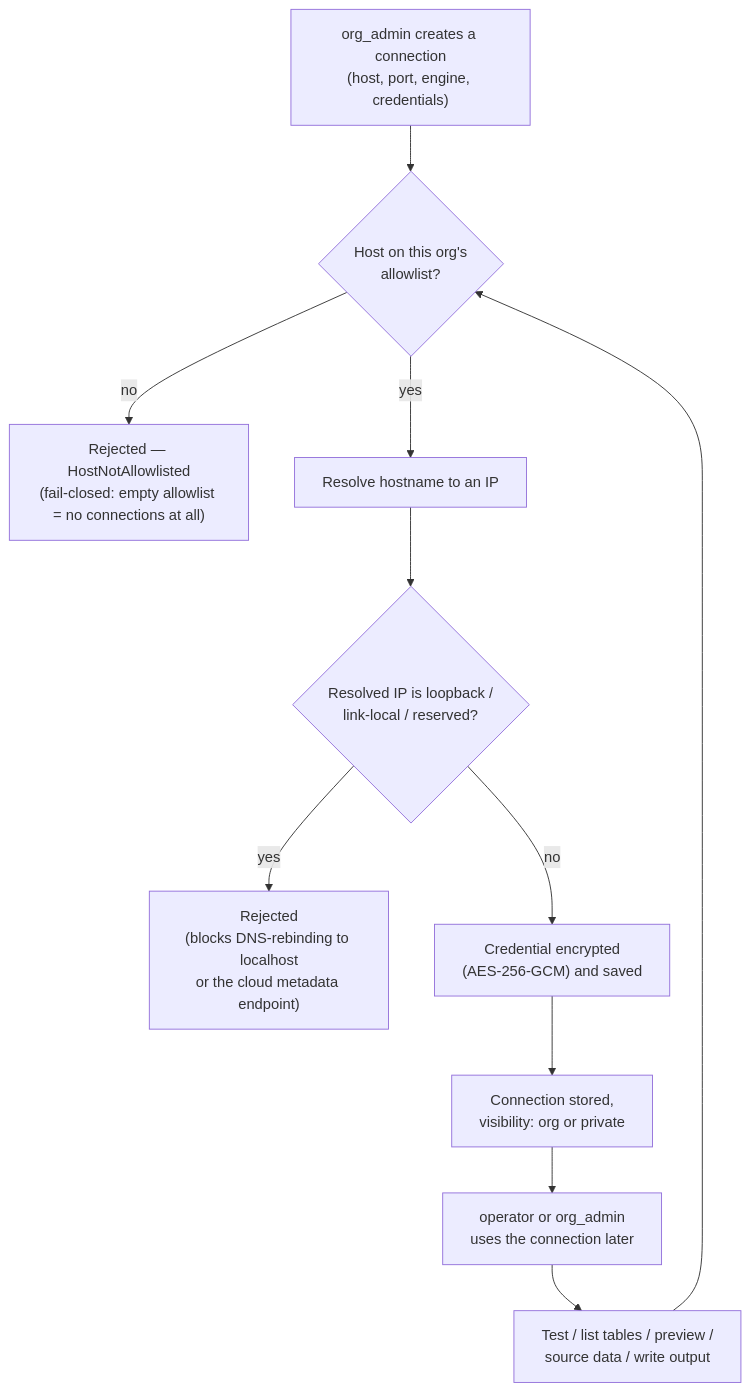
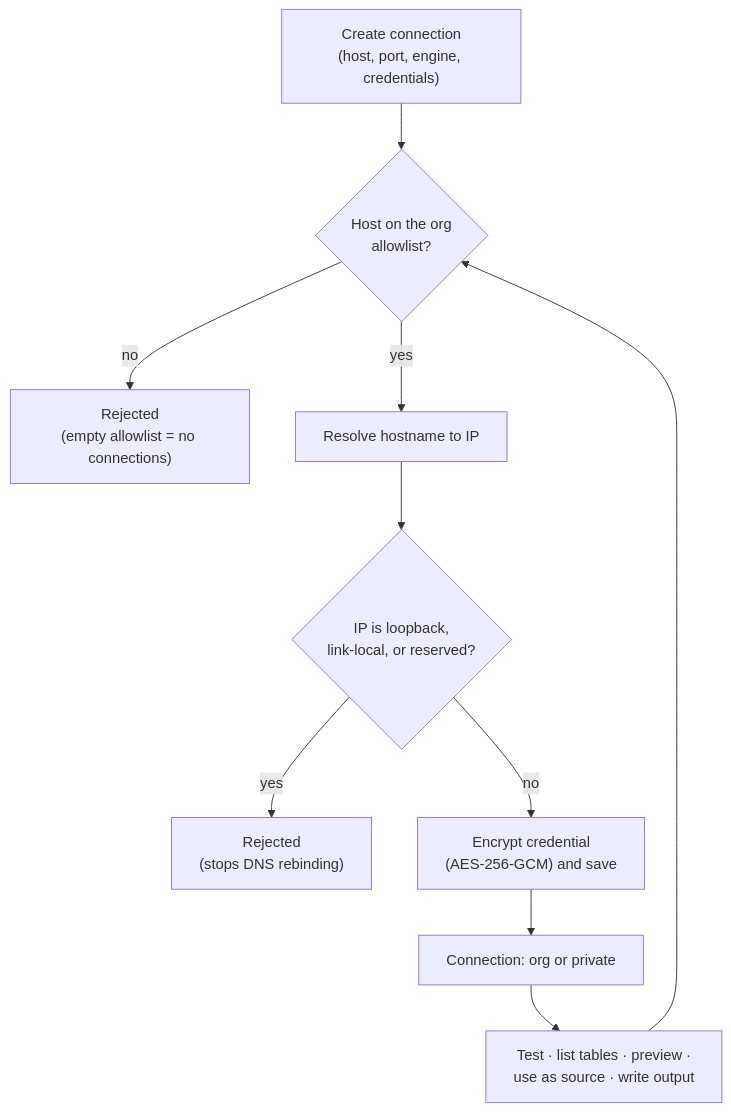
Before and after one commit to DataShield-sp18/data-shield-docs: the first of 2 diagrams in docs/features/connections.md, drawn with Mermaid. The commit also changed other lines of this file and 8 other files, not shown here.

````diff
--- a/docs/features/connections.md
+++ b/docs/features/connections.md
@@ -7,13 +18,12 @@
 ```mermaid
 flowchart TD
-    A["org_admin creates a connection<br/>(host, port, engine, credentials)"] --> B{"Host on this org's<br/>allowlist?"}
-    B -- no --> R1["Rejected — HostNotAllowlisted<br/>(fail-closed: empty allowlist = no connections at all)"]
-    B -- yes --> C["Resolve hostname to an IP"]
-    C --> D{"Resolved IP is loopback /<br/>link-local / reserved?"}
-    D -- yes --> R2["Rejected<br/>(blocks DNS-rebinding to localhost<br/>or the cloud metadata endpoint)"]
-    D -- no --> E["Credential encrypted<br/>(AES-256-GCM) and saved"]
-    E --> F["Connection stored,<br/>visibility: org or private"]
-    F --> G["operator or org_admin<br/>uses the connection later"]
-    G --> H["Test / list tables / preview /<br/>source data / write output"]
-    H --> B
+    A["Create connection<br/>(host, port, engine, credentials)"] --> B{"Host on the org<br/>allowlist?"}
+    B -- no --> R1["Rejected<br/>(empty allowlist = no connections)"]
+    B -- yes --> C["Resolve hostname to IP"]
+    C --> D{"IP is loopback,<br/>link-local, or reserved?"}
+    D -- yes --> R2["Rejected<br/>(stops DNS rebinding)"]
+    D -- no --> E["Encrypt credential<br/>(AES-256-GCM) and save"]
+    E --> F["Connection: org or private"]
+    F --> G["Test · list tables · preview ·<br/>use as source · write output"]
+    G --> B
 ```
````
